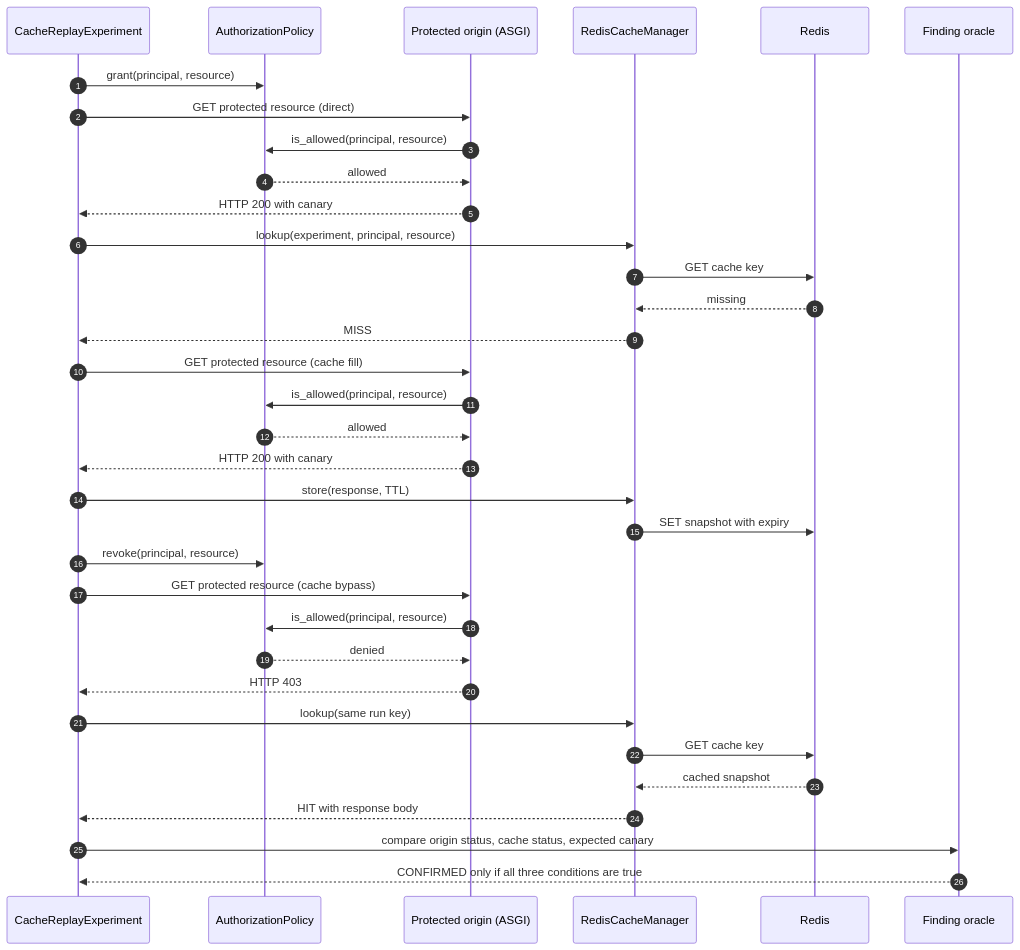
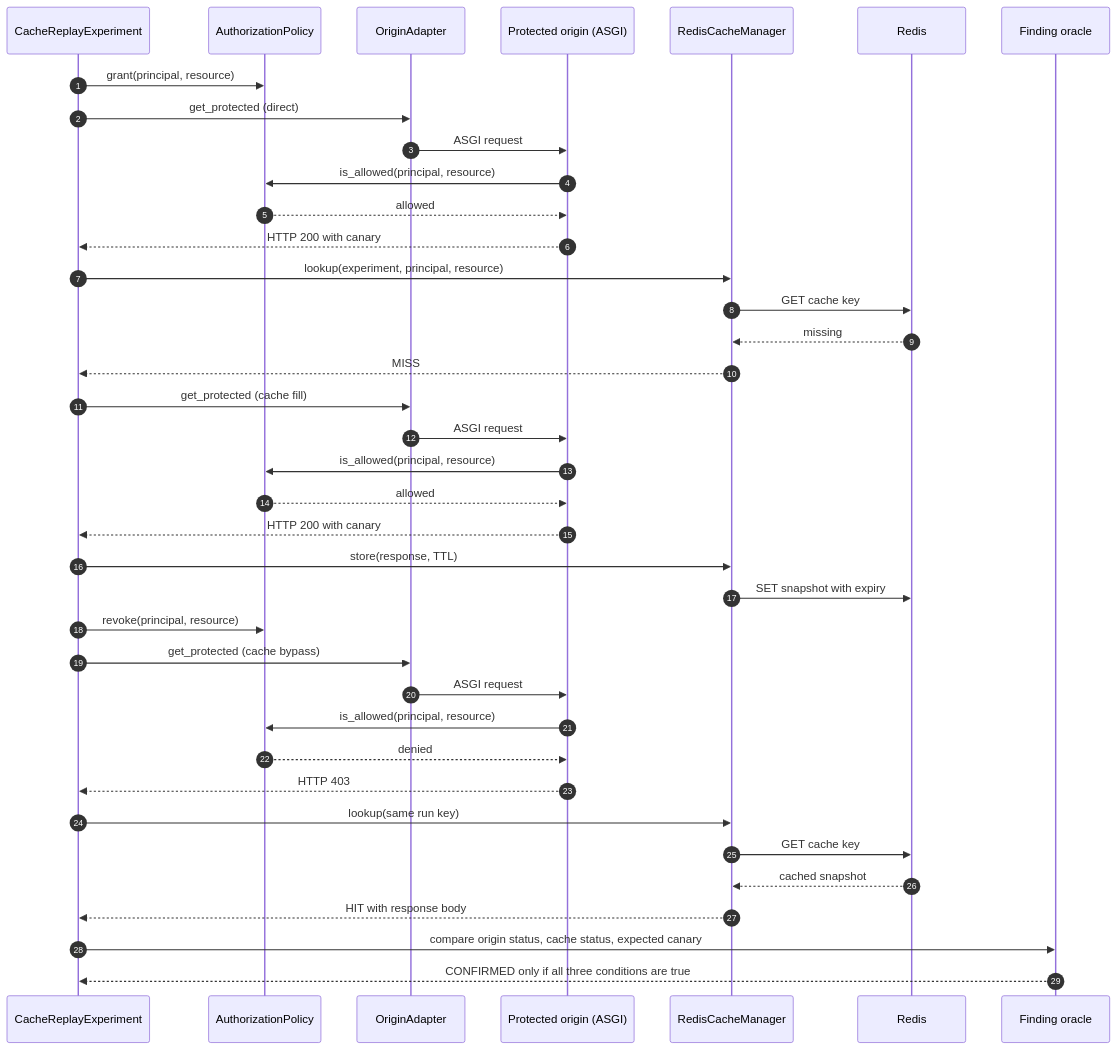
The second of 2 diagrams in docs/architecture.md (trilochan-prabakar/REMNANT), drawn with Mermaid before and after one commit. The commit also changed other lines of this file, not shown here.

````diff
--- a/docs/architecture.md
+++ b/docs/architecture.md
@@ -74,37 +75,41 @@
 ```mermaid
 sequenceDiagram
     autonumber
     participant R as CacheReplayExperiment
     participant P as AuthorizationPolicy
+    participant A as OriginAdapter
     participant O as Protected origin (ASGI)
     participant C as RedisCacheManager
     participant D as Redis
     participant F as Finding oracle
 
     R->>P: grant(principal, resource)
-    R->>O: GET protected resource (direct)
+    R->>A: get_protected (direct)
+    A->>O: ASGI request
     O->>P: is_allowed(principal, resource)
     P-->>O: allowed
     O-->>R: HTTP 200 with canary
     R->>C: lookup(experiment, principal, resource)
     C->>D: GET cache key
     D-->>C: missing
     C-->>R: MISS
-    R->>O: GET protected resource (cache fill)
+    R->>A: get_protected (cache fill)
+    A->>O: ASGI request
     O->>P: is_allowed(principal, resource)
     P-->>O: allowed
     O-->>R: HTTP 200 with canary
     R->>C: store(response, TTL)
     C->>D: SET snapshot with expiry
     R->>P: revoke(principal, resource)
-    R->>O: GET protected resource (cache bypass)
+    R->>A: get_protected (cache bypass)
+    A->>O: ASGI request
     O->>P: is_allowed(principal, resource)
     P-->>O: denied
     O-->>R: HTTP 403
     R->>C: lookup(same run key)
     C->>D: GET cache key
     D-->>C: cached snapshot
     C-->>R: HIT with response body
     R->>F: compare origin status, cache status, expected canary
     F-->>R: CONFIRMED only if all three conditions are true
 ```
````
